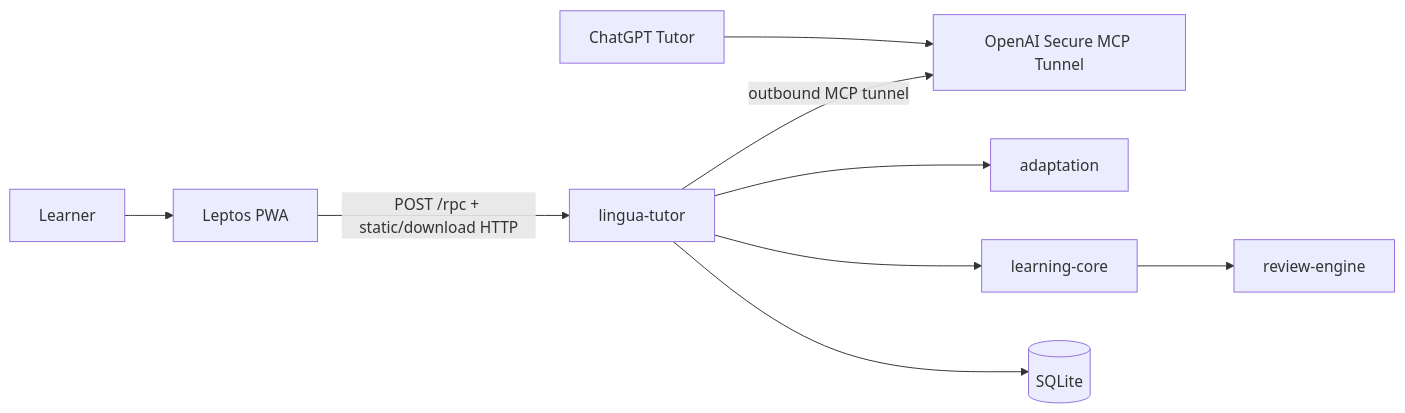
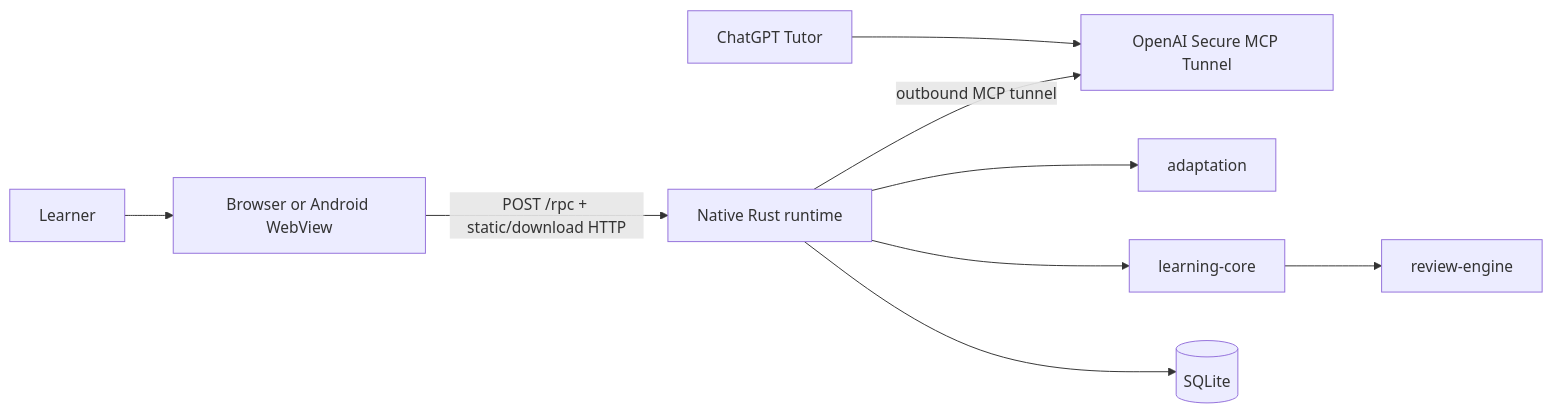
The diagram in docs/spec/01-architecture.md (agredyaev/lingua-tutor), drawn with Mermaid before and after one commit. The commit also changed other lines of this file and 14 other files, not shown here.

Commit message:
docs: align runtime and specifications with Android packaging

````diff
--- a/docs/spec/01-architecture.md
+++ b/docs/spec/01-architecture.md
@@ -7,21 +7,21 @@
 ```mermaid
 flowchart LR
     U[Learner]
     C[ChatGPT Tutor]
-    P[Leptos PWA]
-    L[lingua-tutor]
+    P[Browser or Android WebView]
+    L[Native Rust runtime]
     D[(SQLite)]
     T[OpenAI Secure MCP Tunnel]
     CORE[learning-core]
     REV[review-engine]
     ADAPT[adaptation]
 
     U --> P
     P -->|POST /rpc + static/download HTTP| L
     L --> D
     L --> CORE
     CORE --> REV
     L --> ADAPT
     C --> T
     L -->|outbound MCP tunnel| T
 ```
````
